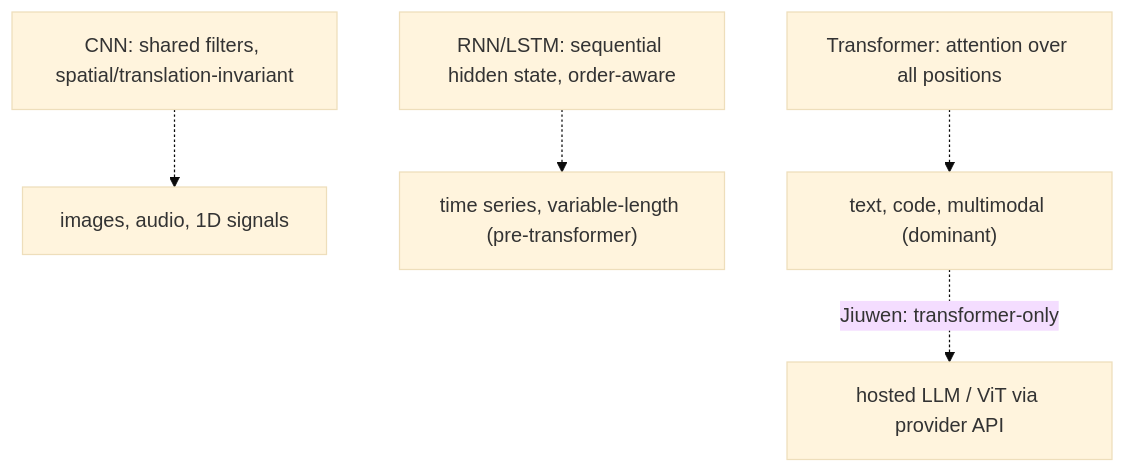
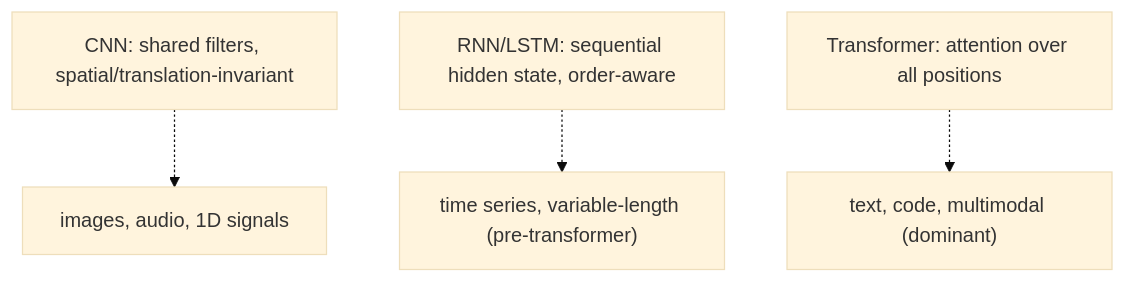
Before and after one commit to michaelatamuk/openjiuwen-knowledge: diagram 13 of 18 in content/topics/00-ml-foundations.md, drawn with Mermaid (base theme). The commit also changed other lines of this file and 57 other files, not shown here.

````diff
--- a/content/topics/00-ml-foundations.md
+++ b/content/topics/00-ml-foundations.md
@@ -390,7 +252,6 @@
 ```mermaid
 flowchart TD
     CNN["CNN: shared filters, spatial/translation-invariant"] -.-> IMG["images, audio, 1D signals"]
     RNN["RNN/LSTM: sequential hidden state, order-aware"] -.-> SEQ["time series, variable-length (pre-transformer)"]
     TRANS["Transformer: attention over all positions"] -.-> TEXT["text, code, multimodal (dominant)"]
-    TEXT -.->|"Jiuwen: transformer-only"| JW["hosted LLM / ViT via provider API"]
 ```
````
